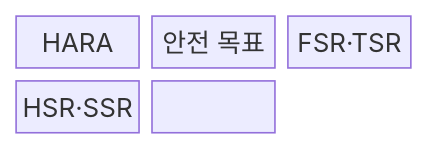
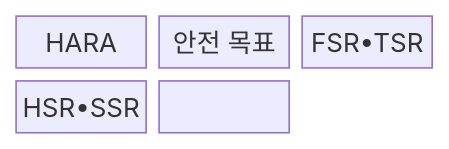
The first of 2 diagrams in src/content/docs/notes/03-software/078_functional_safety_iso_26262_asil.md (agnusdei1207/knowledge-base), drawn with Mermaid before and after one commit. The commit also changed other lines of this file and 953 other files, not shown here.

````diff
--- a/src/content/docs/notes/03-software/078_functional_safety_iso_26262_asil.md
+++ b/src/content/docs/notes/03-software/078_functional_safety_iso_26262_asil.md
@@ -70,9 +70,9 @@
 ```mermaid
 block
   columns 3
   H["HARA"]
   G["안전 목표"]
-  F["FSR·TSR"]
-  D["HSR·SSR"]
+  F["FSR•TSR"]
+  D["HSR•SSR"]
   H --> G --> F --> D
 ```
````
